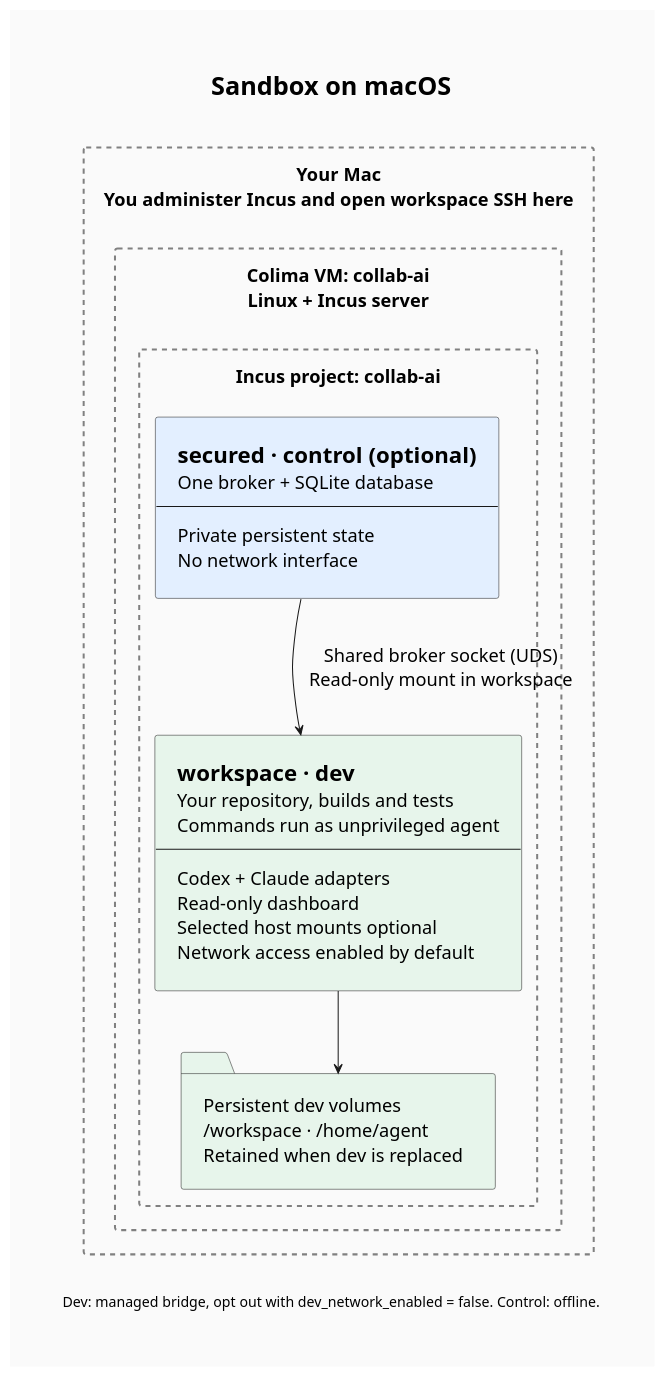
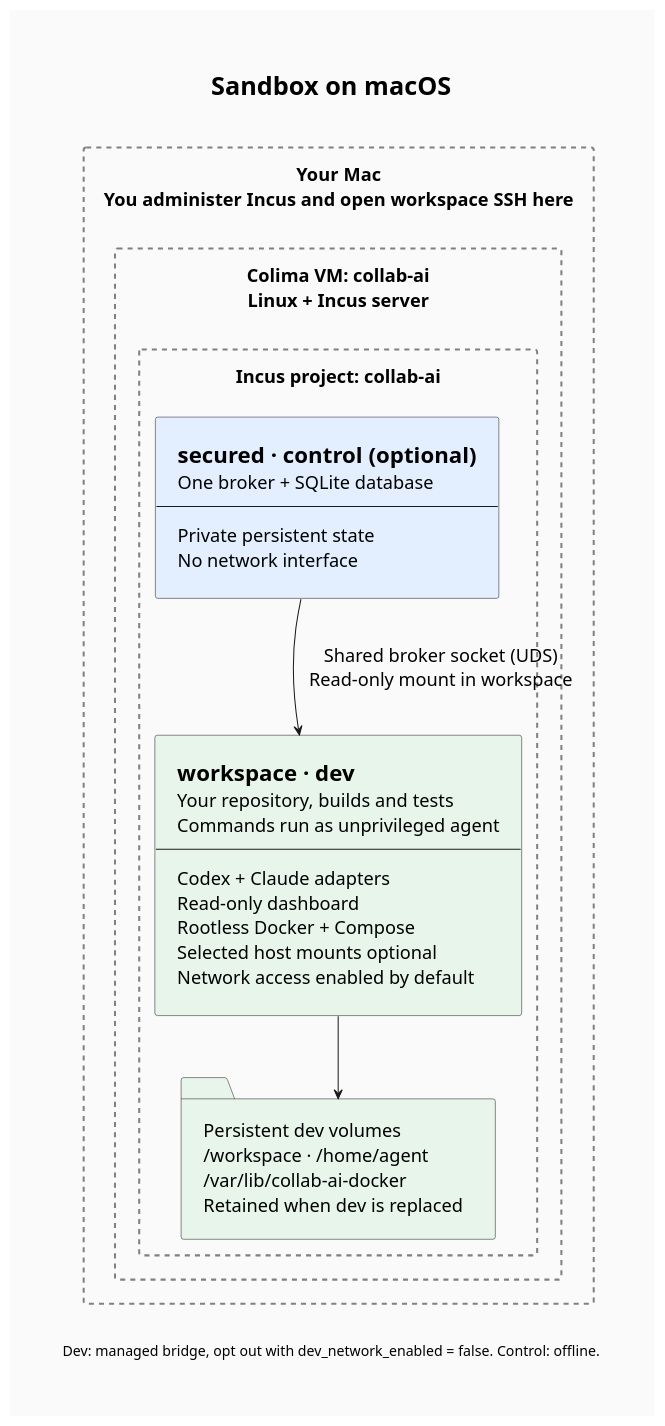
Before and after one commit to makarski/collab-ai: the diagram in docs/assets/sandbox-macos.puml, drawn with PlantUML. The commit also changed 26 other files, not shown here.

Commit message:
feat: run rootless Docker and Compose inside workspace

```diff
--- a/docs/assets/sandbox-macos.puml
+++ b/docs/assets/sandbox-macos.puml
@@ -1,66 +1,67 @@
 @startuml sandbox-macos
 ' Render from the repository root:
 ' plantuml -tsvg -nometadata docs/assets/sandbox-macos.puml
 
 title Sandbox on macOS
 
 <style>
 title {
     FontSize 25
 }
 document {
     Margin 20
     BackgroundColor #fafafa
 }
 rectangle {
     LineStyle 5
     LineColor #grey
     LineThickness 2
 }
 .Workspace {
     BackgroundColor #e7f5eb
 }
 .Secured {
     BackgroundColor #e3efff
 }
 </style>
 
 hide stereotype
 skinparam {
     backgroundColor #fafafa
     shadowing false
     componentStyle rectangle
     defaultFontSize 18
     padding 12
 }
 
 rectangle "Your Mac\nYou administer Incus and open workspace SSH here" as Mac {
     rectangle "Colima VM: collab-ai\nLinux + Incus server" as VM {
 rectangle "Incus project: collab-ai" as Project {
     component Secured <<Secured>> [
         =secured · control (optional)
         One broker + SQLite database
         --
         Private persistent state
         No network interface
     ]
     component Workspace <<Workspace>> [
         =workspace · dev
         Your repository, builds and tests
         Commands run as unprivileged agent
         --
         Codex + Claude adapters
         Read-only dashboard
+        Rootless Docker + Compose
         Selected host mounts optional
         Network access enabled by default
     ]
-    folder "Persistent dev volumes\n/workspace · /home/agent\nRetained when dev is replaced" as Data <<Workspace>>
+    folder "Persistent dev volumes\n/workspace · /home/agent\n/var/lib/collab-ai-docker\nRetained when dev is replaced" as Data <<Workspace>>
     Workspace -down-> Data
 }
     }
 Secured -down-> Workspace : Shared broker socket (UDS)\nRead-only mount in workspace
 }
 
 caption Dev: managed bridge, opt out with dev_network_enabled = false. Control: offline.
 
 @enduml
```
